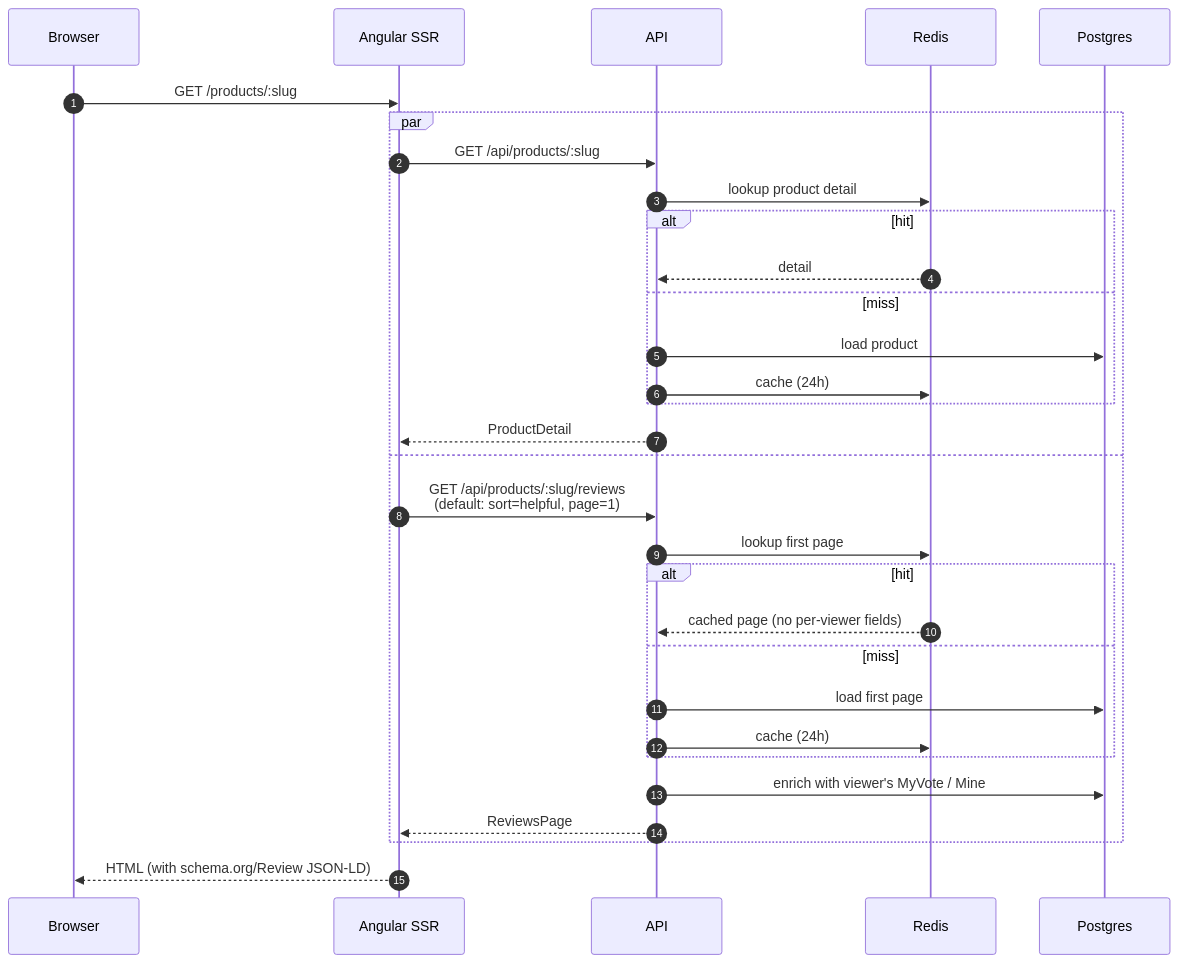
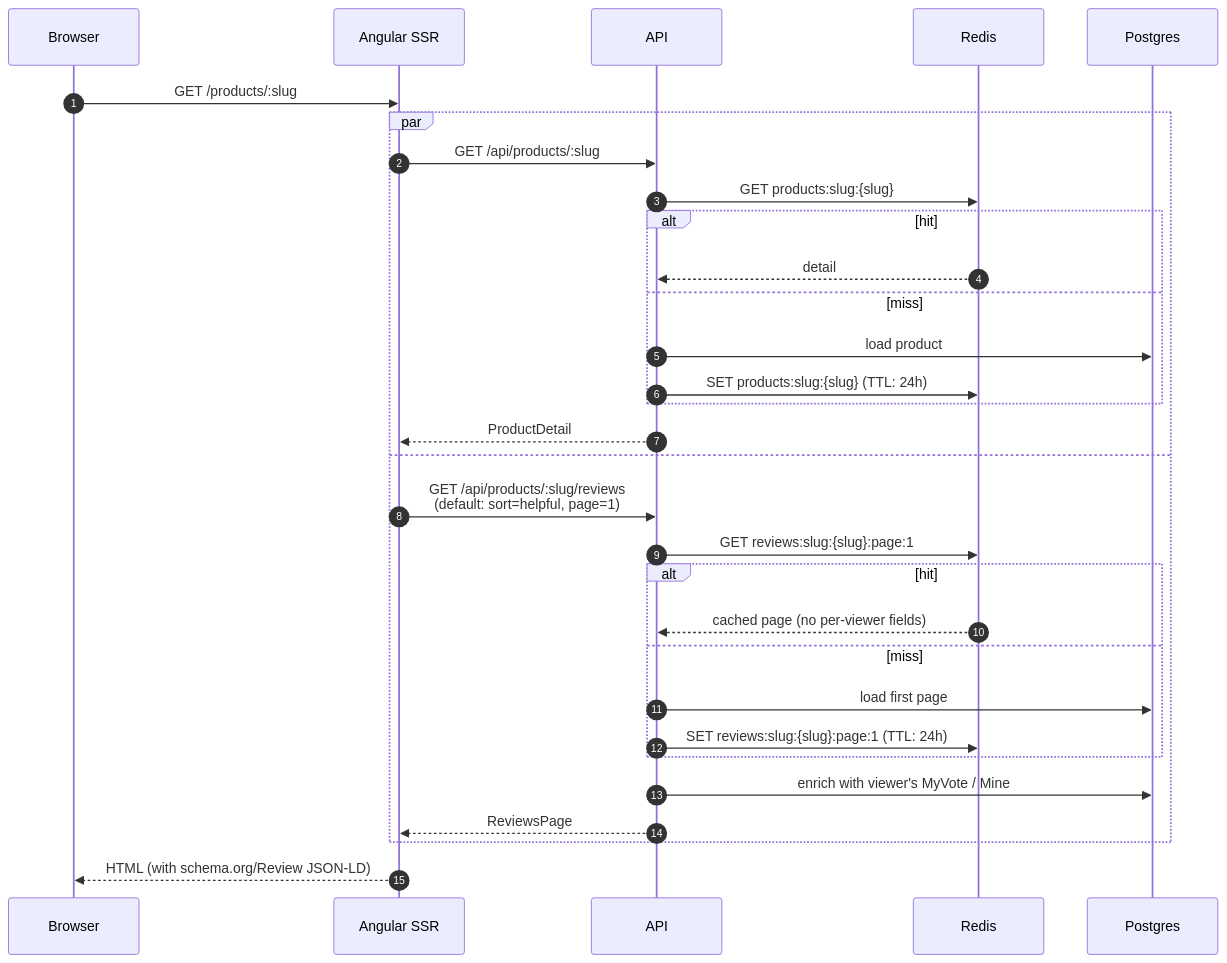
The fourth of 12 diagrams in docs/flows.md (KaliCZ/reviews), drawn with Mermaid before and after one commit. The commit also changed other lines of this file, not shown here.

Commit message:
Restore named cache-key endpoints in product-flow diagrams
The previous pass genericized Redis cache keys to "lookup catalog" /
"cache (24h)". The key names (products:list, products:slug:{slug},
reviews:slug:{slug}:page:1) are themselves part of the product flow:
they show invalidation granularity and which surfaces share state.
Keep the SQL/transaction simplifications, just put the keys back.

````diff
--- a/docs/flows.md
+++ b/docs/flows.md
@@ -111,34 +111,34 @@
 ```mermaid
 sequenceDiagram
     autonumber
     participant B as Browser
     participant S as Angular SSR
     participant A as API
     participant R as Redis
     participant P as Postgres
 
     B->>S: GET /products/:slug
     par
         S->>A: GET /api/products/:slug
-        A->>R: lookup product detail
+        A->>R: GET products:slug:{slug}
         alt hit
             R-->>A: detail
         else miss
             A->>P: load product
-            A->>R: cache (24h)
+            A->>R: SET products:slug:{slug} (TTL: 24h)
         end
         A-->>S: ProductDetail
     and
         S->>A: GET /api/products/:slug/reviews<br/>(default: sort=helpful, page=1)
-        A->>R: lookup first page
+        A->>R: GET reviews:slug:{slug}:page:1
         alt hit
             R-->>A: cached page (no per-viewer fields)
         else miss
             A->>P: load first page
-            A->>R: cache (24h)
+            A->>R: SET reviews:slug:{slug}:page:1 (TTL: 24h)
         end
         A->>P: enrich with viewer's MyVote / Mine
         A-->>S: ReviewsPage
     end
     S-->>B: HTML (with schema.org/Review JSON-LD)
 ```
````
